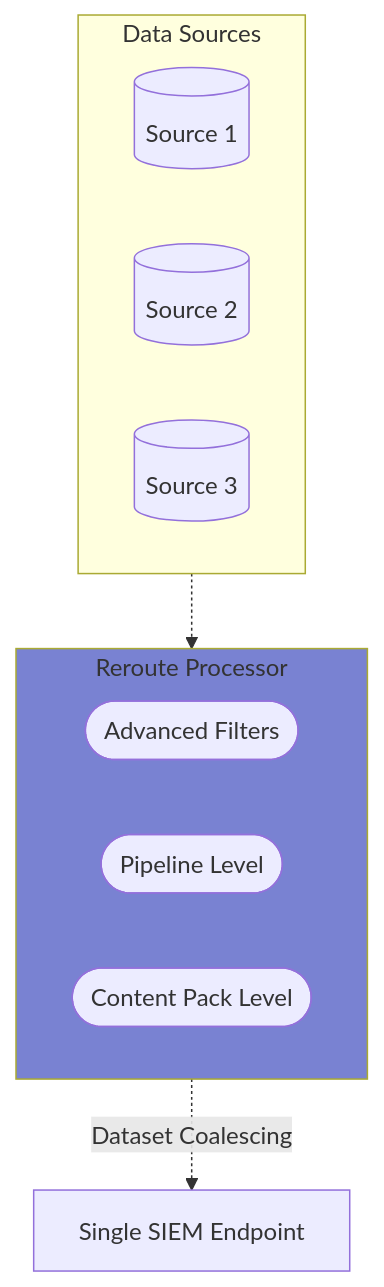
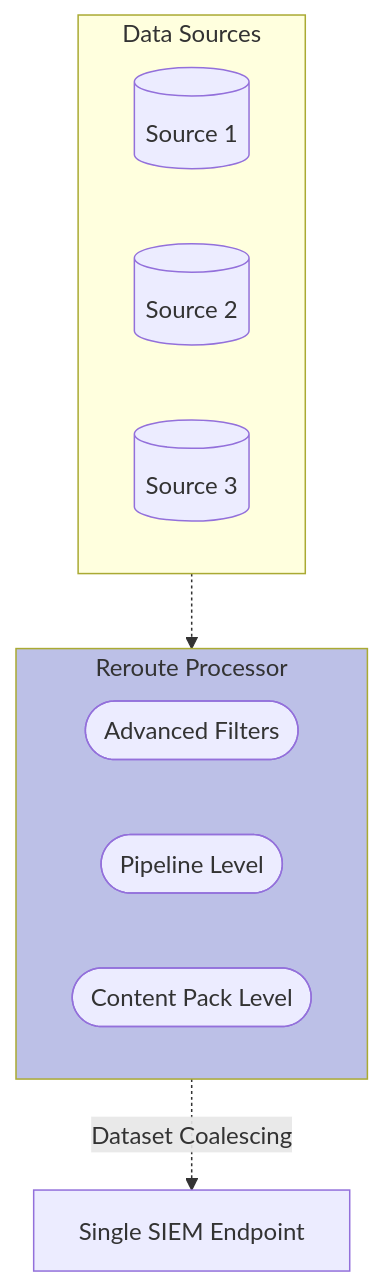
Before and after one commit to VirtualMetric/virtualmetric-docs: the sixth of 8 diagrams in docs/about/key-features.mdx, drawn with Mermaid. The commit also changed other lines of this file and 7 other files, not shown here.

````diff
--- a/docs/about/key-features.mdx
+++ b/docs/about/key-features.mdx
@@ -260,19 +260,19 @@
 ```mermaid
 graph TD
     subgraph Sources[Data Sources]
         S1[(Source 1)]
         S2[(Source 2)]
         S3[(Source 3)]
     end
     
     subgraph Routing[Reroute Processor]
         F([Advanced Filters])
         P([Pipeline Level])
         C([Content Pack Level])
     end
     
     Sources -.-> Routing
     Routing -.-> |Dataset Coalescing| SIEM[Single SIEM Endpoint]
     
-    style Routing fill:#7982D2
+    style Routing fill:#BCC0E7
 ```
````
